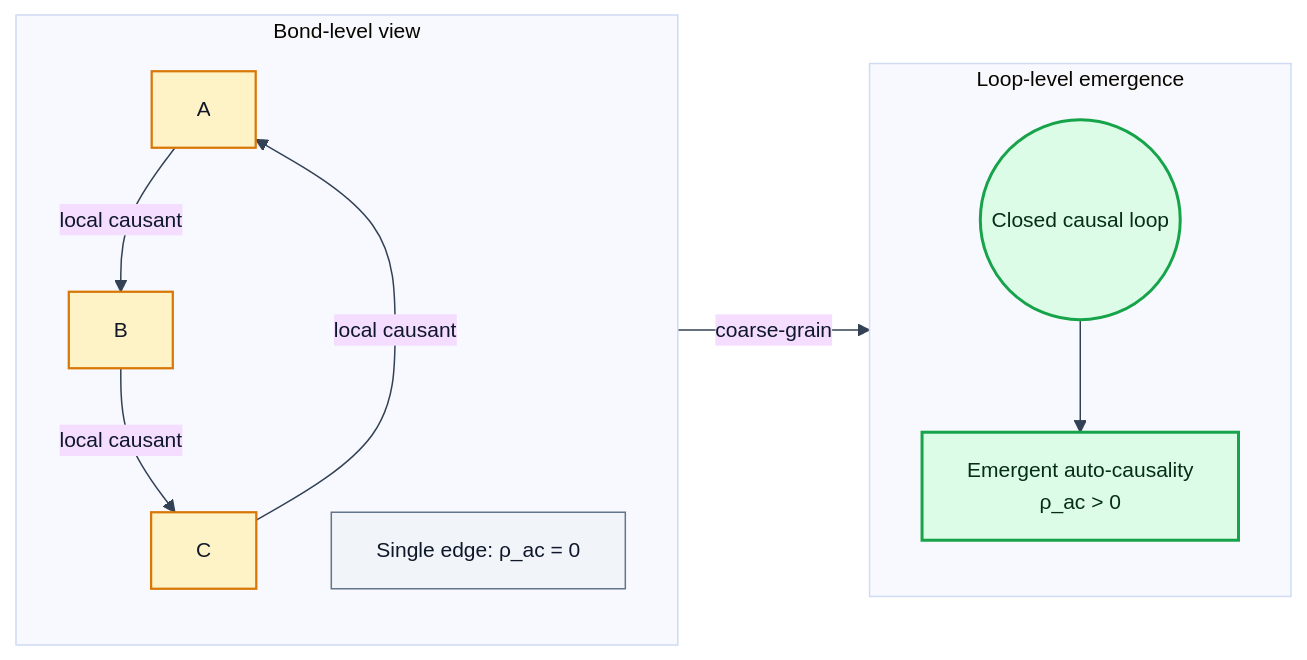
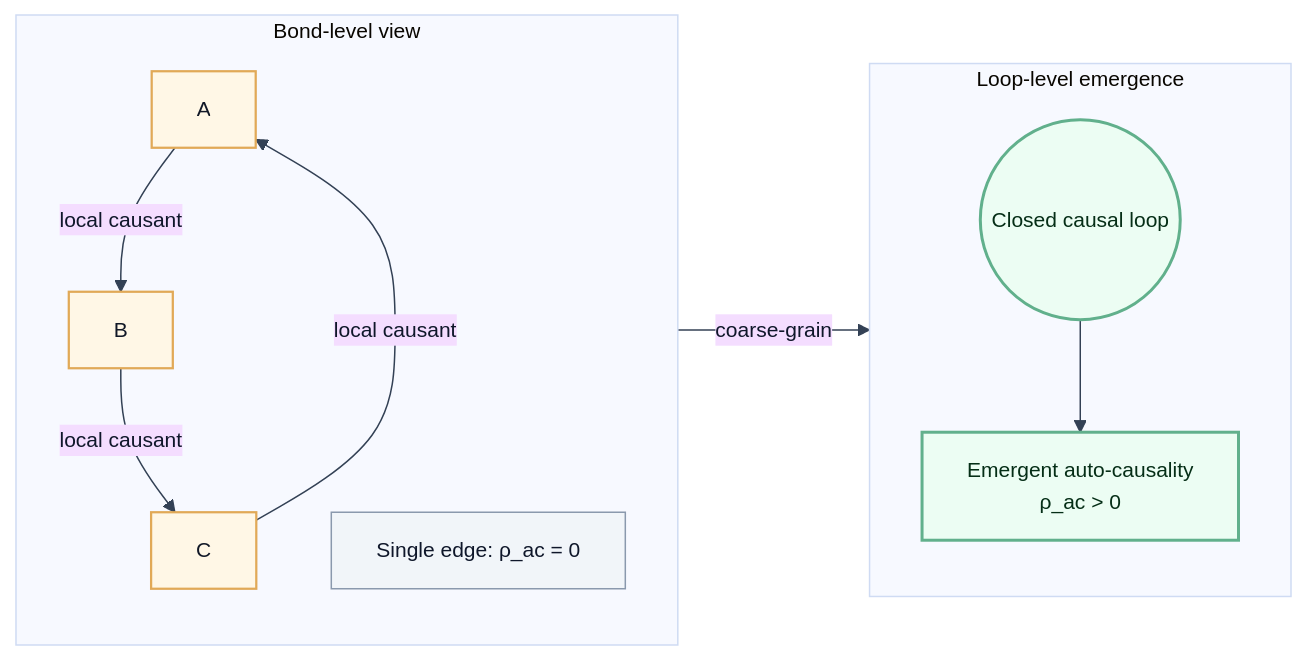
One commit to ianderrington/epiphysics changed the second of 3 diagrams in docs/theory/01_5_causants.md. Above: the diagram before and after it, drawn with Mermaid. The commit also changed other lines of this file and 3 other files, not shown here.

Commit message:
improve causant diagram styling and add reading memory with resume/restart

````diff
--- a/docs/theory/01_5_causants.md
+++ b/docs/theory/01_5_causants.md
@@ -145,29 +145,29 @@
 ```mermaid
 %%{init: {'theme': 'base', 'themeVariables': { 'primaryTextColor': '#0F172A', 'lineColor': '#334155', 'fontSize': '14px'}}}%%
 flowchart LR
   subgraph Micro[Bond-level view]
     A1[A]
     B1[B]
     C1[C]
     A1 -->|local causant| B1
     B1 -->|local causant| C1
     C1 -->|local causant| A1
     Z1["Single edge: ρ_ac = 0"]
   end
 
   subgraph Macro[Loop-level emergence]
     L((Closed causal loop))
     RAC["Emergent auto-causality\nρ_ac > 0"]
     L --> RAC
   end
 
   Micro -->|coarse-grain| Macro
 
-  classDef micro fill:#FEF3C7,stroke:#D97706,stroke-width:1.5px,color:#111827;
-  classDef macro fill:#DCFCE7,stroke:#16A34A,stroke-width:2px,color:#052E16;
-  classDef note fill:#F1F5F9,stroke:#64748B,stroke-width:1px,color:#0F172A;
+  classDef micro fill:#FFF7E6,stroke:#E1A957,stroke-width:1.5px,color:#111827;
+  classDef macro fill:#ECFDF3,stroke:#61B08C,stroke-width:2px,color:#052E16;
+  classDef note fill:#F1F5F9,stroke:#8A99AD,stroke-width:1px,color:#0F172A;
 
   class A1,B1,C1 micro;
   class L,RAC macro;
   class Z1 note;
 ```
````
